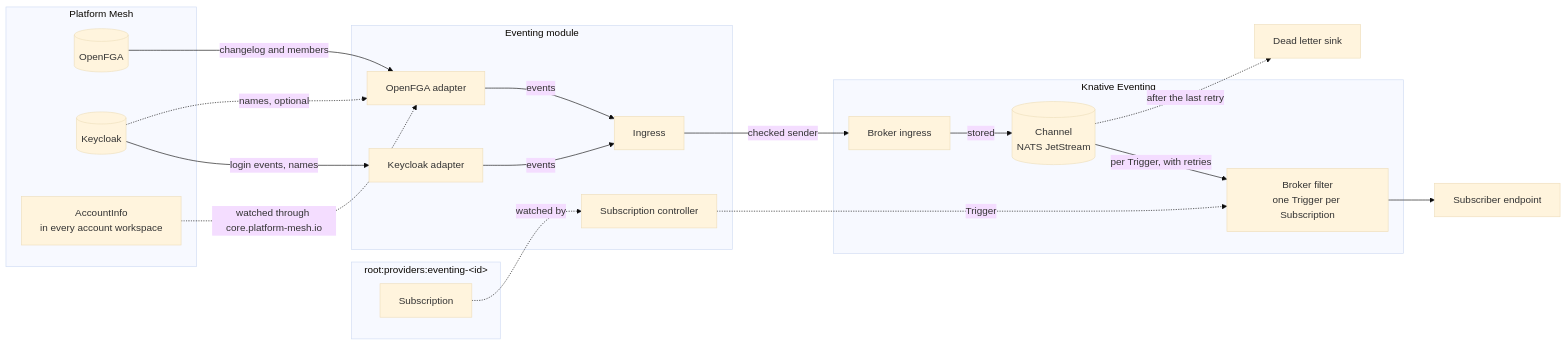
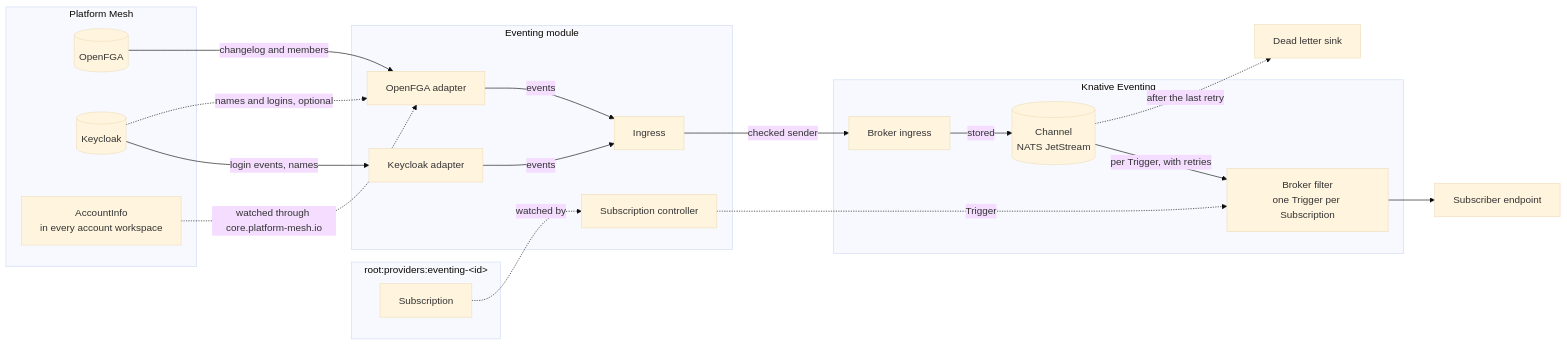
One commit to hellsontime/contrib-eventing changed the first of 2 diagrams in docs/architecture.md. Above: the diagram before and after it, drawn with Mermaid (base theme). The commit also changed other lines of this file and 15 other files, not shown here.

````diff
--- a/docs/architecture.md
+++ b/docs/architecture.md
@@ -21,35 +21,35 @@
 ```mermaid
 flowchart LR
   subgraph PM[Platform Mesh]
     fga[(OpenFGA)]
     kc[(Keycloak)]
     info["AccountInfo<br/>in every account workspace"]
   end
   subgraph Admin["root:providers:eventing-&lt;id&gt;"]
     sub[Subscription]
   end
   subgraph Module[Eventing module]
     adapter[OpenFGA adapter]
     kcadapter[Keycloak adapter]
     ing[Ingress]
     ctrl[Subscription controller]
   end
   subgraph Knative[Knative Eventing]
     bi[Broker ingress]
     ch[("Channel<br/>NATS JetStream")]
     filter["Broker filter<br/>one Trigger per Subscription"]
   end
   fga -- changelog and members --> adapter
   info -. "watched through core.platform-mesh.io" .-> adapter
   kc -- "login events, names" --> kcadapter
-  kc -. "names, optional" .-> adapter
+  kc -. "names and logins, optional" .-> adapter
   kcadapter -- events --> ing
   adapter -- events --> ing
   ing -- checked sender --> bi
   bi -- stored --> ch
   ch -- per Trigger, with retries --> filter
   filter --> sink[Subscriber endpoint]
   ch -. after the last retry .-> dls[Dead letter sink]
   sub -. watched by .-> ctrl
   ctrl -. Trigger .-> filter
 ```
````
